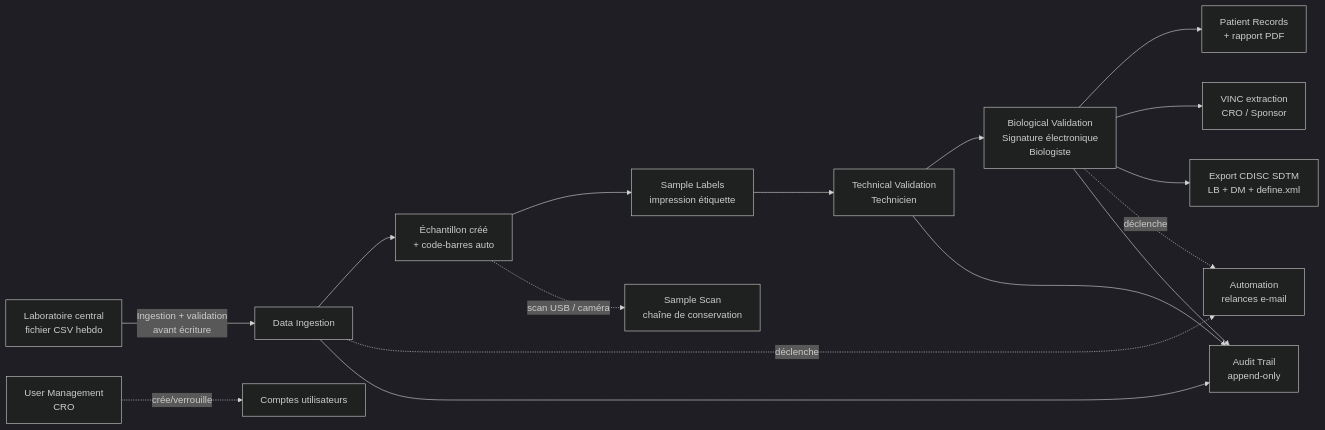
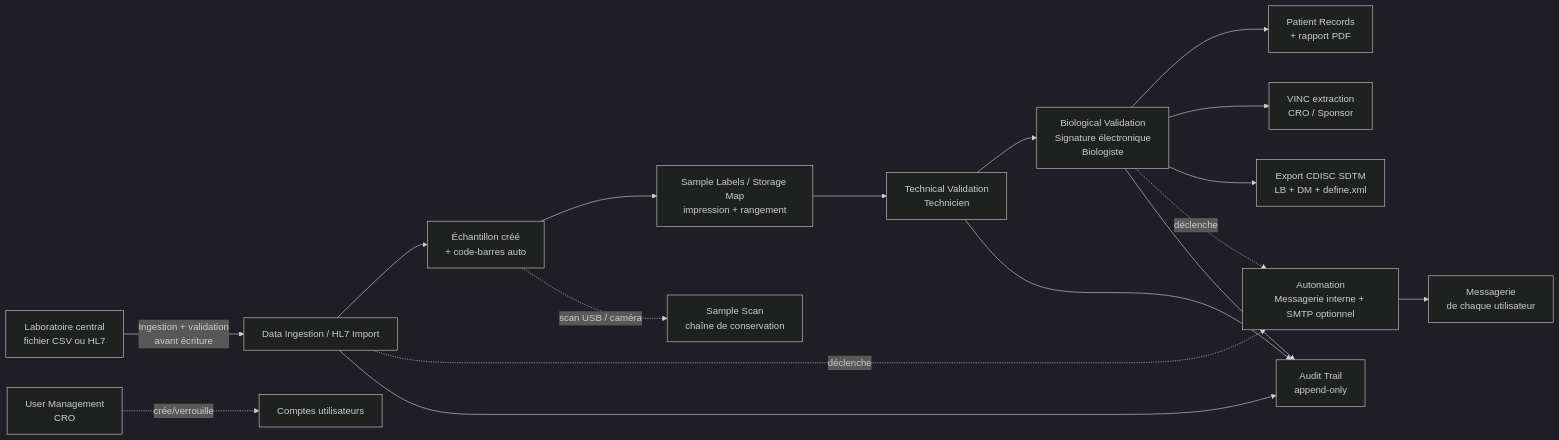
The diagram in README.md (Tanguy-cosson/gdp-dashboard), drawn with Mermaid (dark theme) before and after one commit. The commit also changed other lines of this file and 13 other files, not shown here.

````diff
--- a/README.md
+++ b/README.md
@@ -48,18 +54,19 @@
 ```mermaid
 flowchart LR
-    A[Laboratoire central<br/>fichier CSV hebdo] -->|Ingestion + validation<br/>avant écriture| B[Data Ingestion]
+    A[Laboratoire central<br/>fichier CSV ou HL7] -->|Ingestion + validation<br/>avant écriture| B[Data Ingestion / HL7 Import]
     B --> C[Échantillon créé<br/>+ code-barres auto]
-    C --> D[Sample Labels<br/>impression étiquette]
+    C --> D[Sample Labels / Storage Map<br/>impression + rangement]
     D --> E[Technical Validation<br/>Technicien]
     E --> F[Biological Validation<br/>Signature électronique<br/>Biologiste]
     F --> G[Patient Records<br/>+ rapport PDF]
     F --> H[VINC extraction<br/>CRO / Sponsor]
     F --> I[Export CDISC SDTM<br/>LB + DM + define.xml]
     C -.scan USB / caméra.-> J[Sample Scan<br/>chaîne de conservation]
-    B -.déclenche.-> K[Automation<br/>relances e-mail]
+    B -.déclenche.-> K[Automation<br/>Messagerie interne + SMTP optionnel]
     F -.déclenche.-> K
-    L[User Management<br/>CRO] -.crée/verrouille.-> M[Comptes utilisateurs]
-    E --> N[Audit Trail<br/>append-only]
-    F --> N
-    B --> N
+    K --> L[Messagerie<br/>de chaque utilisateur]
+    M[User Management<br/>CRO] -.crée/verrouille.-> N[Comptes utilisateurs]
+    E --> O[Audit Trail<br/>append-only]
+    F --> O
+    B --> O
 ```
````
